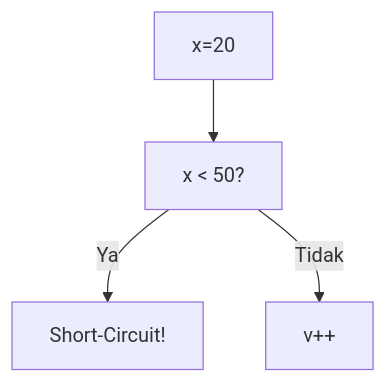
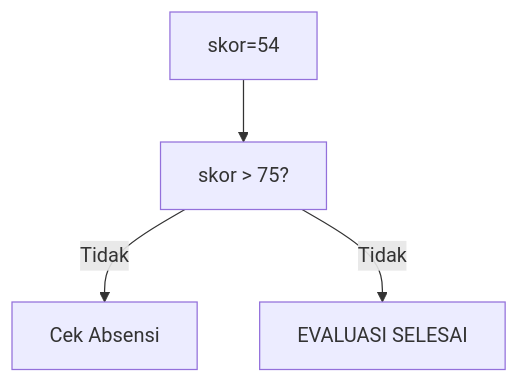
One commit to amnahwaida/OSNK_INF_PREP changed the ninth of 25 diagrams in part-c-pemahaman-cpp/02-percabangan/latihan/set-06.md. Above: the diagram before and after it, drawn with Mermaid. The commit also changed other lines of this file and 71 other files, not shown here.

````diff
--- a/part-c-pemahaman-cpp/02-percabangan/latihan/set-06.md
+++ b/part-c-pemahaman-cpp/02-percabangan/latihan/set-06.md
@@ -245,6 +257,6 @@
 ```mermaid
 graph TD
-A["x=20"] --> B["x < 50?"]
-B -- Ya --> C["Short-Circuit!"]
-B -- Tidak --> D["v++"]
+A["skor=54"] --> B["skor > 75?"]
+B -- Tidak --> C["Cek Absensi"]
+B -- Tidak --> D["EVALUASI SELESAI"]
 ```
````
